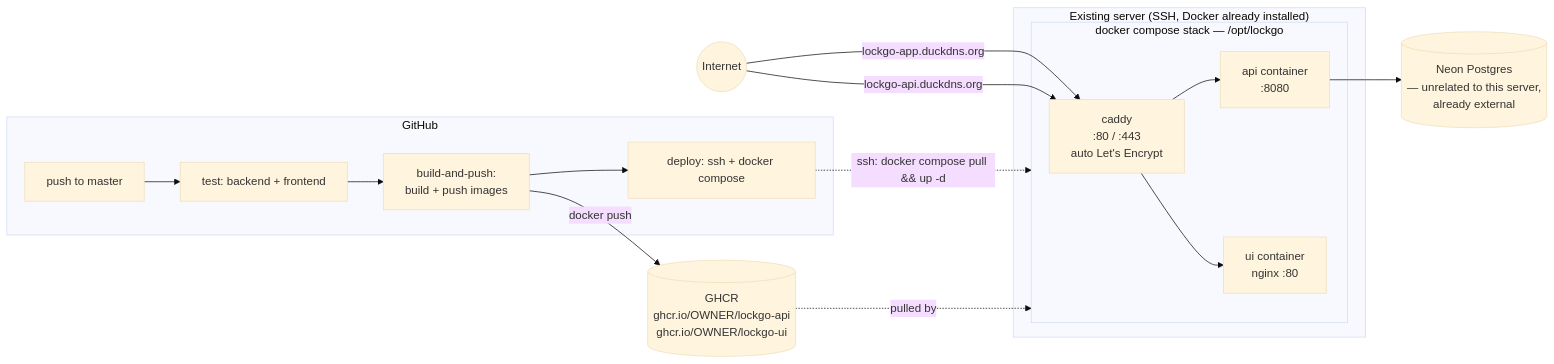
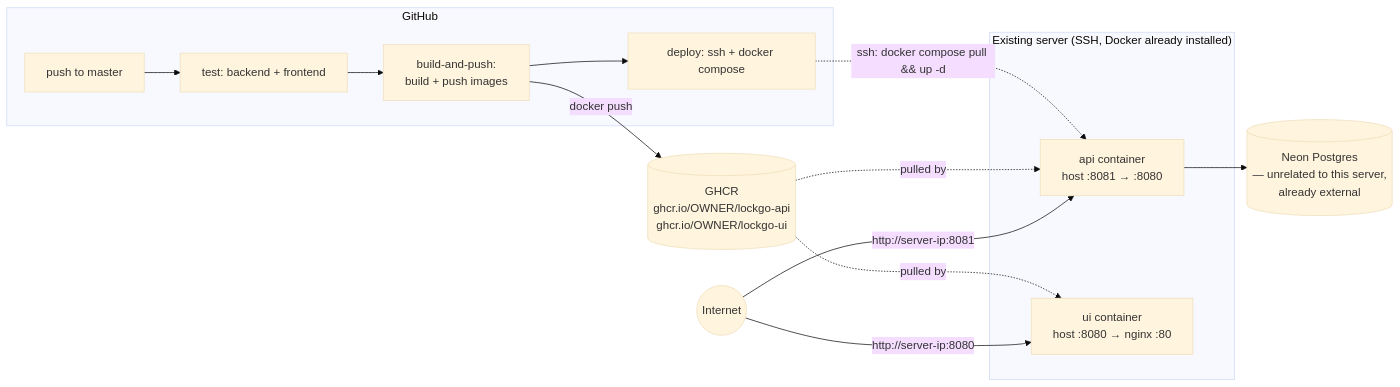
Before and after one commit to KrittametKhamtana/LockGo: the diagram in docs/DEPLOYMENT.md, drawn with Mermaid (base theme). The commit also changed other lines of this file and 5 other files, not shown here.

````diff
--- a/docs/DEPLOYMENT.md
+++ b/docs/DEPLOYMENT.md
@@ -13,27 +21,23 @@
 ```mermaid
 flowchart LR
     subgraph GitHub
         Push[push to master] --> Test[test: backend + frontend]
         Test --> Build[build-and-push:<br/>build + push images]
         Build --> Deploy[deploy: ssh + docker compose]
     end
 
     Build -- "docker push" --> GHCR[(GHCR<br/>ghcr.io/OWNER/lockgo-api<br/>ghcr.io/OWNER/lockgo-ui)]
 
     subgraph "Existing server (SSH, Docker already installed)"
-        Deploy -. "ssh: docker compose pull && up -d" .-> Compose
-        subgraph Compose[docker compose stack — /opt/lockgo]
-            Caddy["caddy<br/>:80 / :443<br/>auto Let's Encrypt"]
-            Api[api container<br/>:8080]
-            Ui[ui container<br/>nginx :80]
-            Caddy --> Api
-            Caddy --> Ui
-        end
+        Deploy -. "ssh: docker compose pull && up -d" .-> Api
+        Api[api container<br/>host :8081 → :8080]
+        Ui[ui container<br/>host :8080 → nginx :80]
     end
 
-    GHCR -. "pulled by" .-> Compose
+    GHCR -. "pulled by" .-> Api
+    GHCR -. "pulled by" .-> Ui
 
-    Internet((Internet)) -- "lockgo-app.duckdns.org" --> Caddy
-    Internet -- "lockgo-api.duckdns.org" --> Caddy
+    Internet((Internet)) -- "http://server-ip:8080" --> Ui
+    Internet -- "http://server-ip:8081" --> Api
     Api --> Neon[(Neon Postgres<br/>— unrelated to this server,<br/>already external)]
 ```
````
